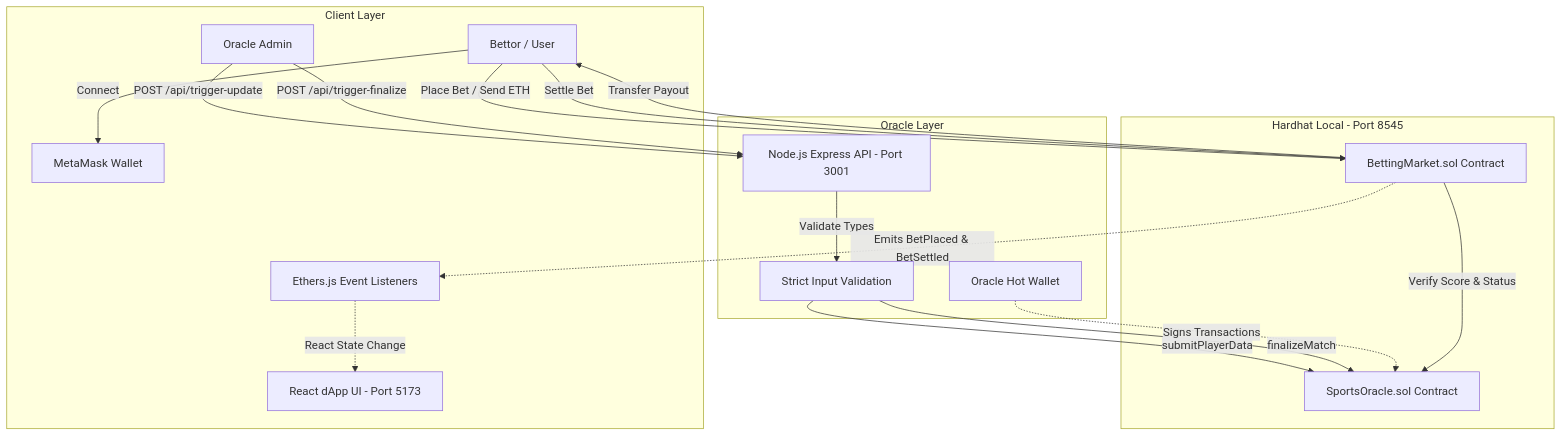
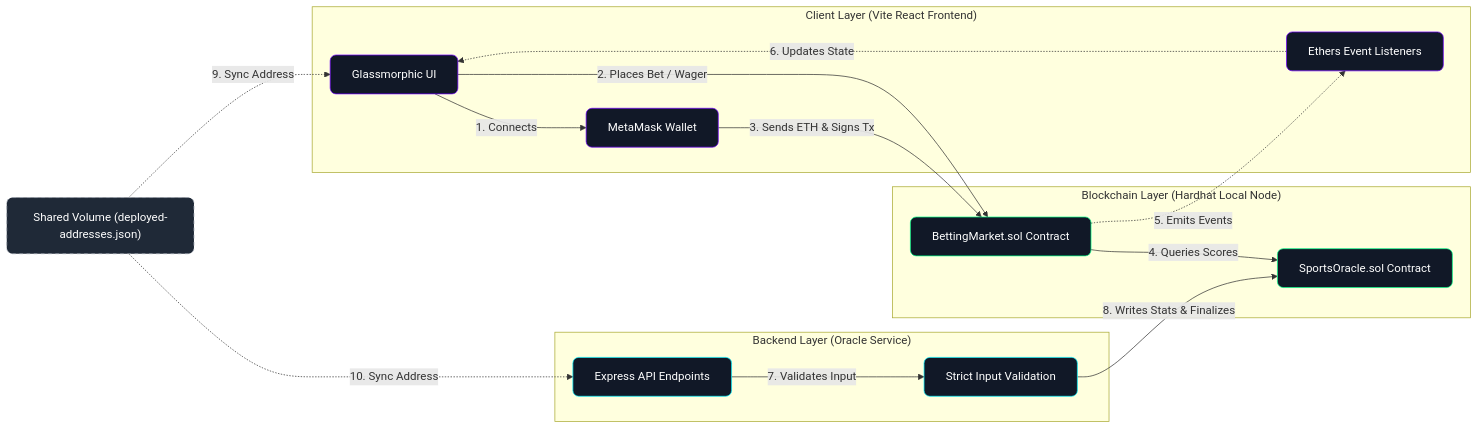
The first of 2 diagrams in README.md (SabbellaLaharika/DeFi-Sports-Oracle), drawn with Mermaid before and after one commit.

Commit message:
docs: finalize structural layout for system architecture in README.md

````diff
--- a/README.md
+++ b/README.md
@@ -9,42 +7,52 @@
 ```mermaid
-graph TD
-    subgraph Client Layer
-        Bettor[Bettor / User]
-        Admin[Oracle Admin]
-        UI[React dApp UI - Port 5173]
+graph LR
+    %% Define Node Styles
+    classDef clientStyle fill:#111827,stroke:#7000ff,stroke-width:1px,color:#fff,rx:8px,ry:8px;
+    classDef backendStyle fill:#111827,stroke:#00f2ff,stroke-width:1px,color:#fff,rx:8px,ry:8px;
+    classDef blockchainStyle fill:#111827,stroke:#00ff88,stroke-width:1px,color:#fff,rx:8px,ry:8px;
+    classDef sharedStyle fill:#1f2937,stroke:#9ca3af,stroke-width:1px,color:#fff,stroke-dasharray: 5 5,rx:8px,ry:8px;
+
+    subgraph client ["Client Layer (Vite React Frontend)"]
+        UI[Glassmorphic UI]
         Wallet[MetaMask Wallet]
-        Events[Ethers.js Event Listeners]
+        Listeners[Ethers Event Listeners]
     end
 
-    subgraph Oracle Layer
-        API[Node.js Express API - Port 3001]
-        Val[Strict Input Validation]
-        OracleWallet[Oracle Hot Wallet]
-    end
-
-    subgraph Smart Contract Layer [Hardhat Local - Port 8545]
+    subgraph blockchain ["Blockchain Layer (Hardhat Local Node)"]
         BM[BettingMarket.sol Contract]
         SO[SportsOracle.sol Contract]
     end
 
+    subgraph backend ["Backend Layer (Oracle Service)"]
+        API[Express API Endpoints]
+        Val[Strict Input Validation]
+    end
+
+    Shared["Shared Volume (deployed-addresses.json)"]
+
+    %% Assign classes
+    class UI,Wallet,Listeners clientStyle;
+    class API,Val backendStyle;
+    class SO,BM blockchainStyle;
+    class Shared sharedStyle;
+
     %% Client Interactions
-    Bettor -->|Connect| Wallet
-    Bettor -->|Place Bet / Send ETH| BM
-    
+    UI -->|1. Connects| Wallet
+    UI -->|2. Places Bet / Wager| BM
+    Wallet -->|3. Sends ETH & Signs Tx| BM
+
+    %% Contract Communication
+    BM -->|4. Queries Scores| SO
+
+    %% Event Handling
+    BM -.->|5. Emits Events| Listeners
+    Listeners -.->|6. Updates State| UI
+
     %% Oracle Interactions
-    Admin -->|POST /api/trigger-update| API
-    Admin -->|POST /api/trigger-finalize| API
-    API -->|Validate Types| Val
-    Val -->|submitPlayerData| SO
-    Val -->|finalizeMatch| SO
-    OracleWallet -.->|Signs Transactions| SO
+    API -->|7. Validates Input| Val
+    Val -->|8. Writes Stats & Finalizes| SO
 
-    %% Settlement
-    Bettor -->|Settle Bet| BM
-    BM -->|Verify Score & Status| SO
-    BM -->|Transfer Payout| Bettor
-
-    %% Event Updates
-    BM -.->|Emits BetPlaced & BetSettled| Events
-    Events -.->|React State Change| UI
+    %% Config Sharing
+    Shared -.->|9. Sync Address| UI
+    Shared -.->|10. Sync Address| API
 ```
````
